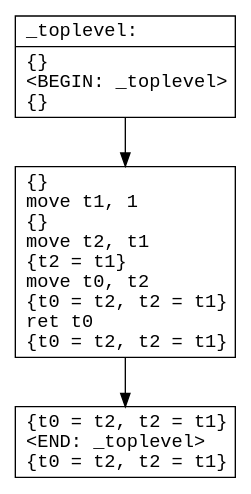
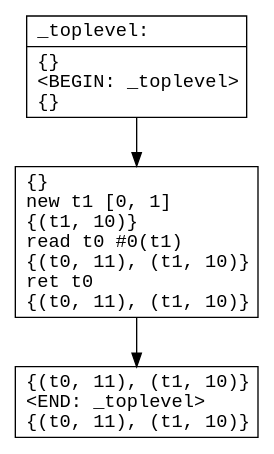
One commit to ore-puzzle/le4com changed the diagram in code/cfg_tmp.dot. Above: the diagram before and after it, drawn with Graphviz. The commit also changed 24 other files, not shown here.

```diff
--- a/code/cfg_tmp.dot
+++ b/code/cfg_tmp.dot
@@ -1,9 +1,9 @@
 digraph CFG {
   node [shape=record fontname="courier"]
   _toplevel0 [label="{_toplevel:\l|\{\}\l\<BEGIN: _toplevel\>\l\{\}\l}"];
-  _toplevel1 [label="{\{\}\lmove  t1, 1\l\{\}\lmove  t2, t1\l\{t2 = t1\}\lmove  t0, t2\l\{t0 = t2, t2 = t1\}\lret  t0\l\{t0 = t2, t2 = t1\}\l}"];
-  _toplevel2 [label="{\{t0 = t2, t2 = t1\}\l\<END: _toplevel\>\l\{t0 = t2, t2 = t1\}\l}"];
+  _toplevel1 [label="{\{\}\lnew  t1 [0, 1]\l\{(t1, 10)\}\lread  t0 #0(t1)\l\{(t0, 11), (t1, 10)\}\lret  t0\l\{(t0, 11), (t1, 10)\}\l}"];
+  _toplevel2 [label="{\{(t0, 11), (t1, 10)\}\l\<END: _toplevel\>\l\{(t0, 11), (t1, 10)\}\l}"];
 
   _toplevel0 -> _toplevel1
   _toplevel1 -> _toplevel2
   }
```
